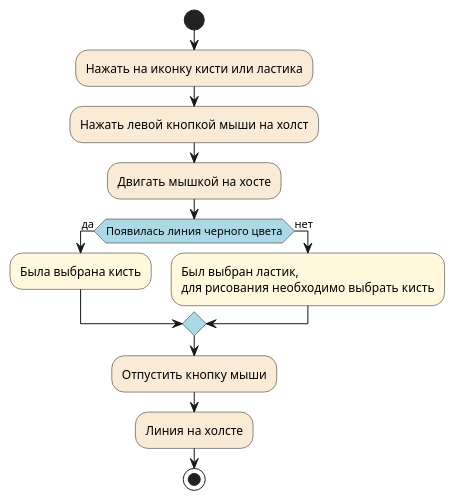
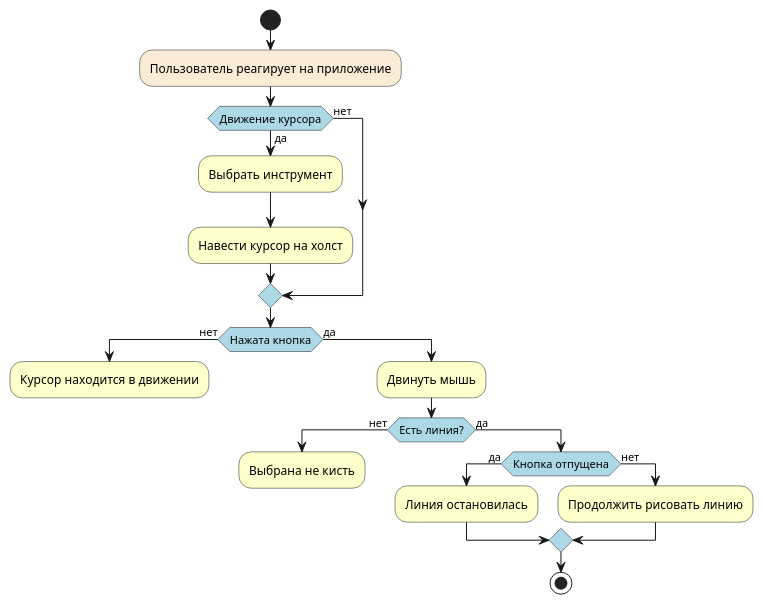
The diagram in diagrams/activity2.puml (UnVeh/reposit), drawn with PlantUML before and after one commit.

```diff
--- a/diagrams/activity2.puml
+++ b/diagrams/activity2.puml
@@ -1,20 +1,30 @@
 @startuml
 skinparam activity {
     DiamondBackgroundColor LightBlue
 }
 start
+#AntiqueWhite:Пользователь реагирует на приложение;
+if (Движение курсора) then (да)
+#Business:Выбрать инструмент;
+#Business:Навести курсор на холст;
+else (нет)
+endif
+    if (Нажата кнопка) then (нет)
+    #Business:Курсор находится в движении;
+    kill
+    else (да)
+    #Business:Двинуть мышь;
+        if (Есть линия?) then (нет)
+        #Business:Выбрана не кисть;
+        kill
 
-#AntiqueWhite:Нажать на иконку кисти или ластика;
+        else (да)
 
-#AntiqueWhite:Нажать левой кнопкой мыши на холст;
-#AntiqueWhite:Двигать мышкой на хосте;
-if (Появилась линия черного цвета) then (да)
-#Cornsilk:Была выбрана кисть;
-else (нет)
-#Cornsilk:Был выбран ластик,
-для рисования необходимо выбрать кисть;
+        if (Кнопка отпущена) then (да)
+        #Business:Линия остановилась;
+        else (нет)
+        #Business:Продолжить рисовать линию;
+
 endif
-#AntiqueWhite:Отпустить кнопку мыши;
-#AntiqueWhite:Линия на холсте;
 stop
 @enduml
```
